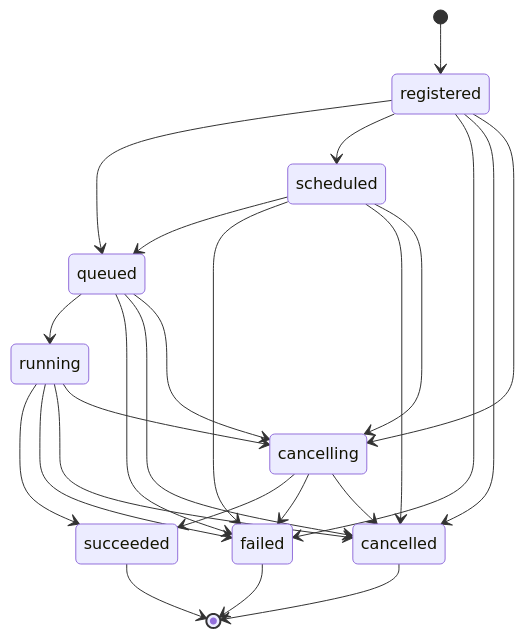
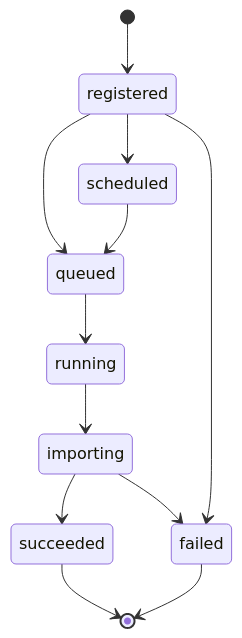
The diagram in docs/job.md (t-ashula/geshi), drawn with Mermaid before and after one commit. The commit also changed other lines of this file and 10 other files, not shown here.

First line of the commit message:
:books: Refine collection and job architecture

````diff
--- a/docs/job.md
+++ b/docs/job.md
@@ -112,33 +110,20 @@
 ```mermaid
 stateDiagram-v2
   [*] --> registered
 
   registered --> queued
   registered --> scheduled
   registered --> failed
-  registered --> cancelled
-  registered --> cancelling
 
   scheduled --> queued
-  scheduled --> failed
-  scheduled --> cancelled
-  scheduled --> cancelling
 
   queued --> running
-  queued --> failed
-  queued --> cancelled
-  queued --> cancelling
 
-  running --> succeeded
-  running --> failed
-  running --> cancelled
-  running --> cancelling
+  running --> importing
 
-  cancelling --> succeeded
-  cancelling --> failed
-  cancelling --> cancelled
+  importing --> succeeded
+  importing --> failed
 
   succeeded --> [*]
   failed --> [*]
-  cancelled --> [*]
 ```
````
